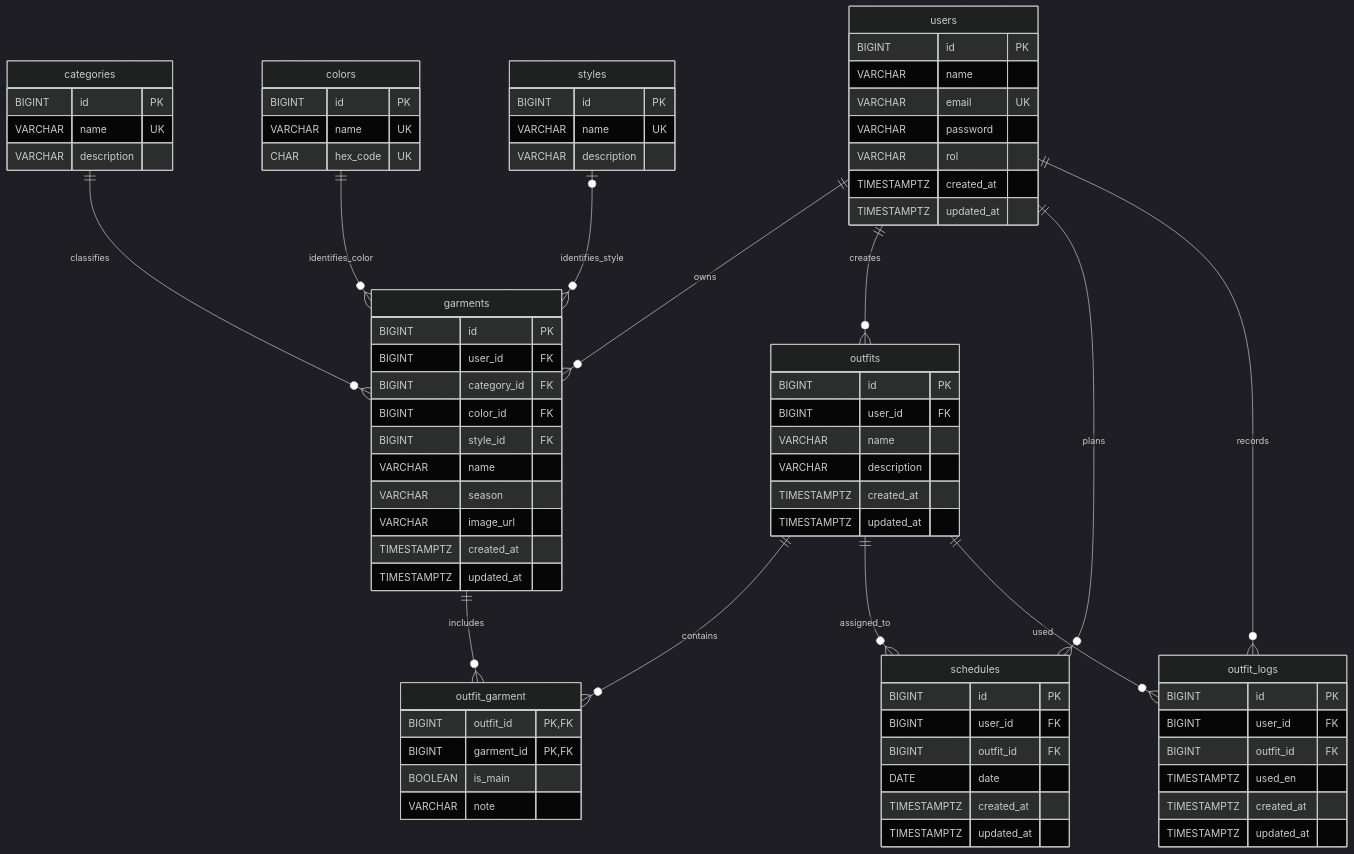
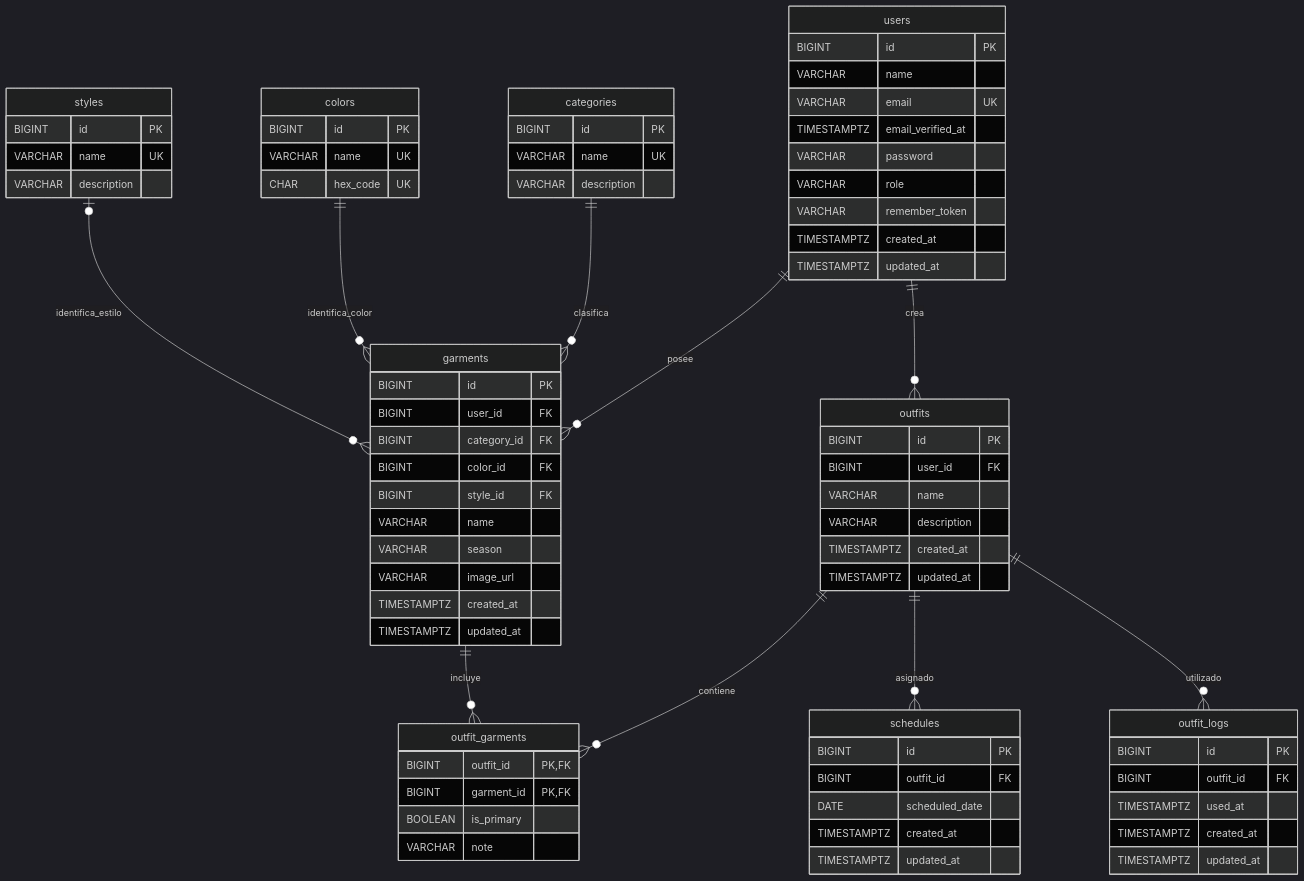
The diagram in docs/der.md (SaraArniella27143/daw-proyecto-smartstylist), drawn with Mermaid (dark theme) before and after one commit. The commit also changed other lines of this file and 7 other files, not shown here.

````diff
--- a/docs/der.md
+++ b/docs/der.md
@@ -190,23 +5,23 @@
 ```mermaid
 erDiagram
-    users ||--o{ garments : owns
-    users ||--o{ outfits : creates
-    categories ||--o{ garments : classifies
-    colors ||--o{ garments : identifies_color
-    styles o|--o{ garments : identifies_style
-    outfits ||--o{ outfit_garment : contains
-    garments ||--o{ outfit_garment : includes
-    users ||--o{ schedules : plans
-    outfits ||--o{ schedules : assigned_to
-    users ||--o{ outfit_logs : records
-    outfits ||--o{ outfit_logs : used
+    users ||--o{ garments : posee
+    users ||--o{ outfits : crea
+    categories ||--o{ garments : clasifica
+    colors ||--o{ garments : identifica_color
+    styles o|--o{ garments : identifica_estilo
+    outfits ||--o{ outfit_garments : contiene
+    garments ||--o{ outfit_garments : incluye
+    outfits ||--o{ schedules : asignado
+    outfits ||--o{ outfit_logs : utilizado
 
     users {
         BIGINT id PK
         VARCHAR name
         VARCHAR email UK
+        TIMESTAMPTZ email_verified_at
         VARCHAR password
-        VARCHAR rol
+        VARCHAR role
+        VARCHAR remember_token
         TIMESTAMPTZ created_at
         TIMESTAMPTZ updated_at
     }
@@ -251,27 +66,25 @@
         TIMESTAMPTZ updated_at
     }
 
-    outfit_garment {
+    outfit_garments {
         BIGINT outfit_id PK, FK
         BIGINT garment_id PK, FK
-        BOOLEAN is_main
+        BOOLEAN is_primary
         VARCHAR note
     }
 
     schedules {
         BIGINT id PK
-        BIGINT user_id FK
         BIGINT outfit_id FK
-        DATE date
+        DATE scheduled_date
         TIMESTAMPTZ created_at
         TIMESTAMPTZ updated_at
     }
 
     outfit_logs {
         BIGINT id PK
-        BIGINT user_id FK
         BIGINT outfit_id FK
-        TIMESTAMPTZ used_en
+        TIMESTAMPTZ used_at
         TIMESTAMPTZ created_at
         TIMESTAMPTZ updated_at
     }
````
